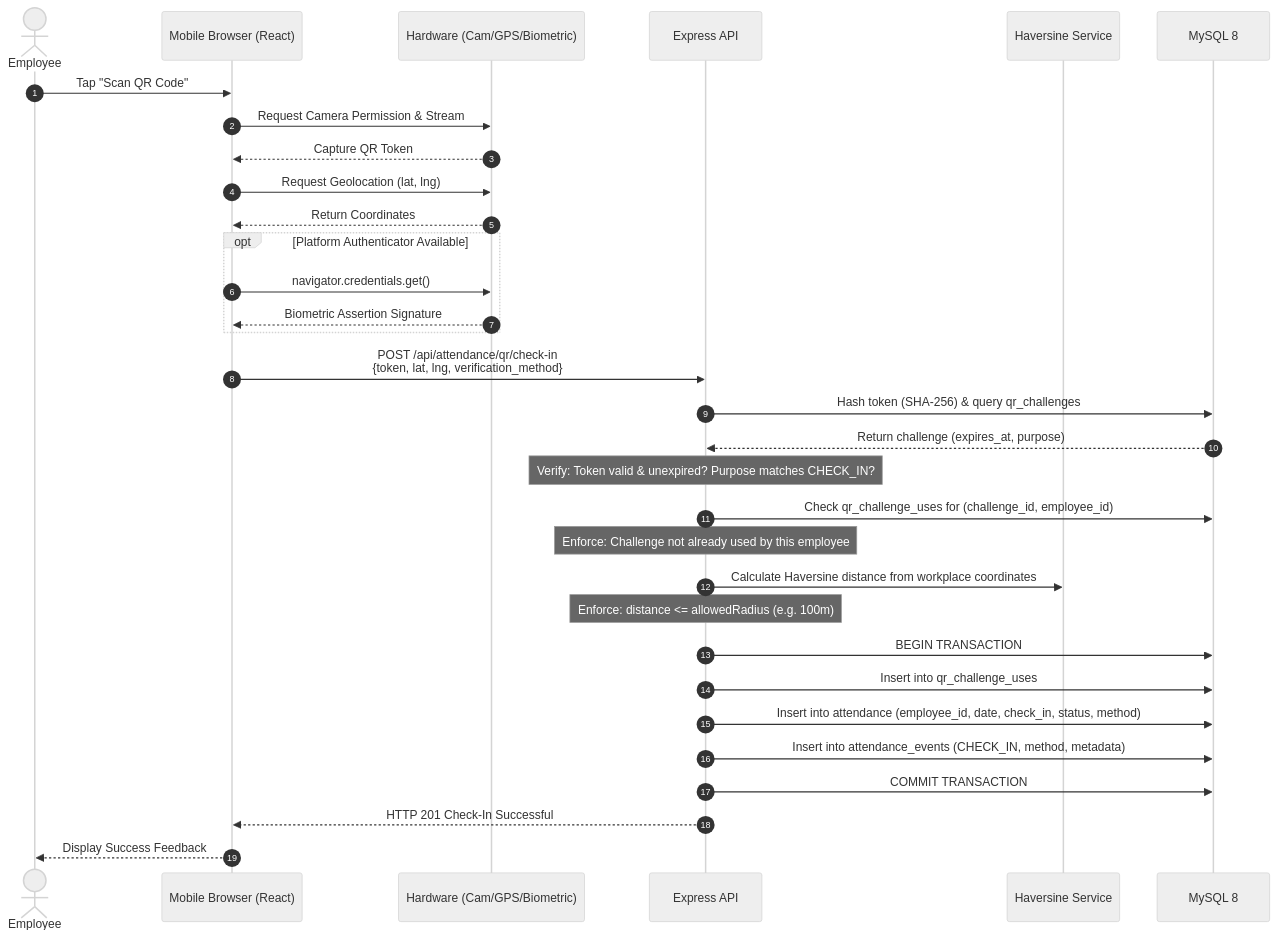
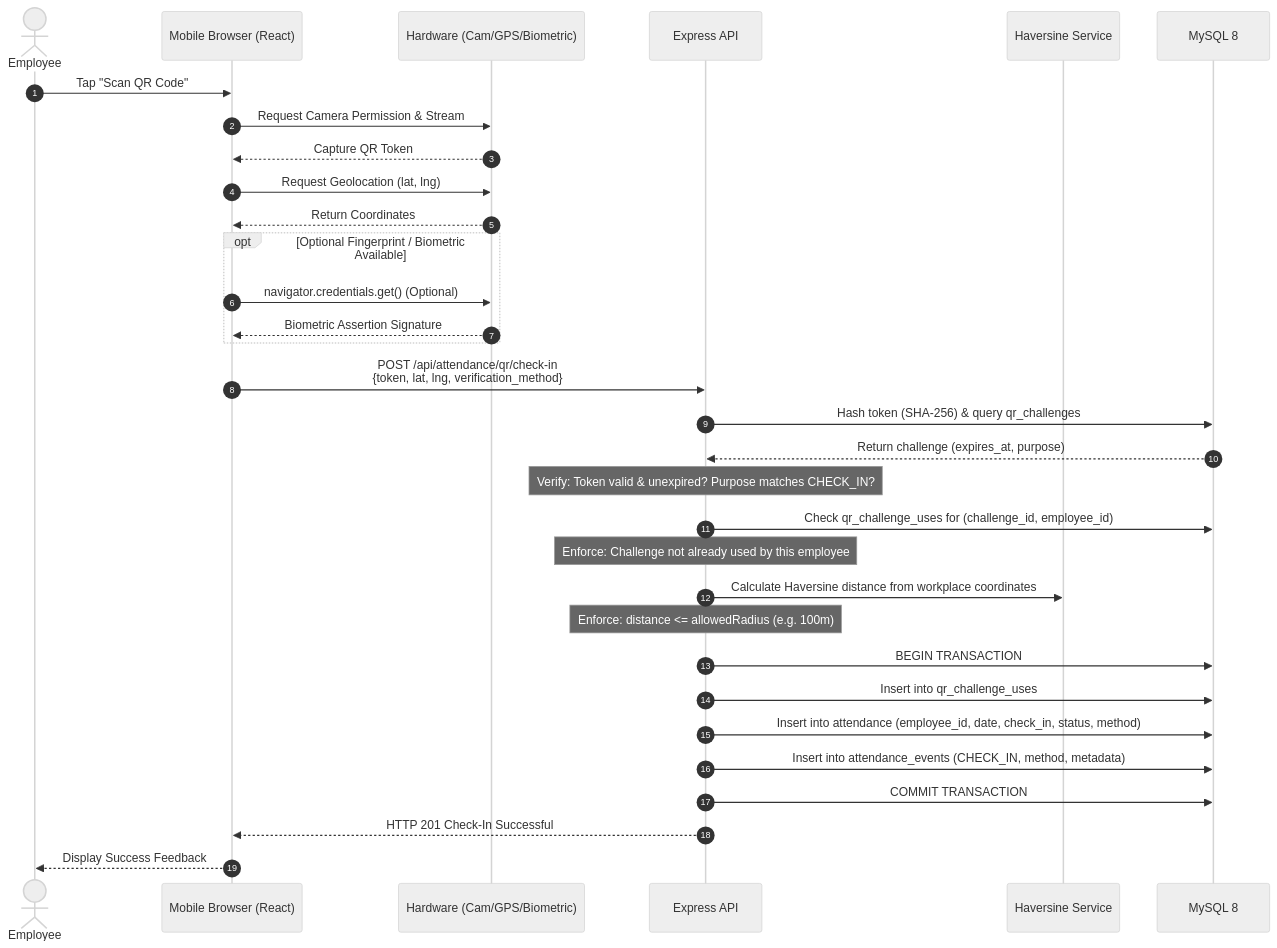
The second of 5 diagrams in README.md (shxam69/Twite-AI), drawn with Mermaid (neutral theme) before and after one commit. The commit also changed other lines of this file and 37 other files, not shown here.

````diff
--- a/README.md
+++ b/README.md
@@ -381,43 +383,43 @@
 ```mermaid
 sequenceDiagram
     autonumber
     actor Emp as Employee
     participant UI as Mobile Browser (React)
     participant HW as Hardware (Cam/GPS/Biometric)
     participant API as Express API
     participant GPS as Haversine Service
     participant DB as MySQL 8
 
     Emp->>UI: Tap "Scan QR Code"
     UI->>HW: Request Camera Permission & Stream
     HW-->>UI: Capture QR Token
     UI->>HW: Request Geolocation (lat, lng)
     HW-->>UI: Return Coordinates
 
-    opt Platform Authenticator Available
-        UI->>HW: navigator.credentials.get()
+    opt Optional Fingerprint / Biometric Available
+        UI->>HW: navigator.credentials.get() (Optional)
         HW-->>UI: Biometric Assertion Signature
     end
 
     UI->>API: POST /api/attendance/qr/check-in<br/>{token, lat, lng, verification_method}
     
     API->>DB: Hash token (SHA-256) & query qr_challenges
     DB-->>API: Return challenge (expires_at, purpose)
     
     Note over API: Verify: Token valid & unexpired? Purpose matches CHECK_IN?
     
     API->>DB: Check qr_challenge_uses for (challenge_id, employee_id)
     Note over API: Enforce: Challenge not already used by this employee
 
     API->>GPS: Calculate Haversine distance from workplace coordinates
     Note over API: Enforce: distance <= allowedRadius (e.g. 100m)
 
     API->>DB: BEGIN TRANSACTION
     API->>DB: Insert into qr_challenge_uses
     API->>DB: Insert into attendance (employee_id, date, check_in, status, method)
     API->>DB: Insert into attendance_events (CHECK_IN, method, metadata)
     API->>DB: COMMIT TRANSACTION
 
     API-->>UI: HTTP 201 Check-In Successful
     UI-->>Emp: Display Success Feedback
 ```
````
